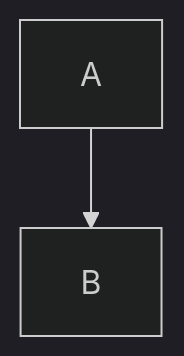
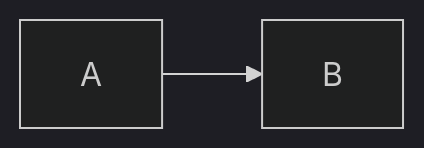
The ninth of 9 diagrams in readme.md (test-account-20212/test), drawn with Mermaid before and after one commit.

````diff
--- a/readme.md
+++ b/readme.md
@@ -177,5 +177,5 @@
 ```mermaid
 %%{init: { 'logLevel': 'debug', 'theme': 'dark' } }%%
-graph TD;
+graph LR;
 A-->B
 ```
````
